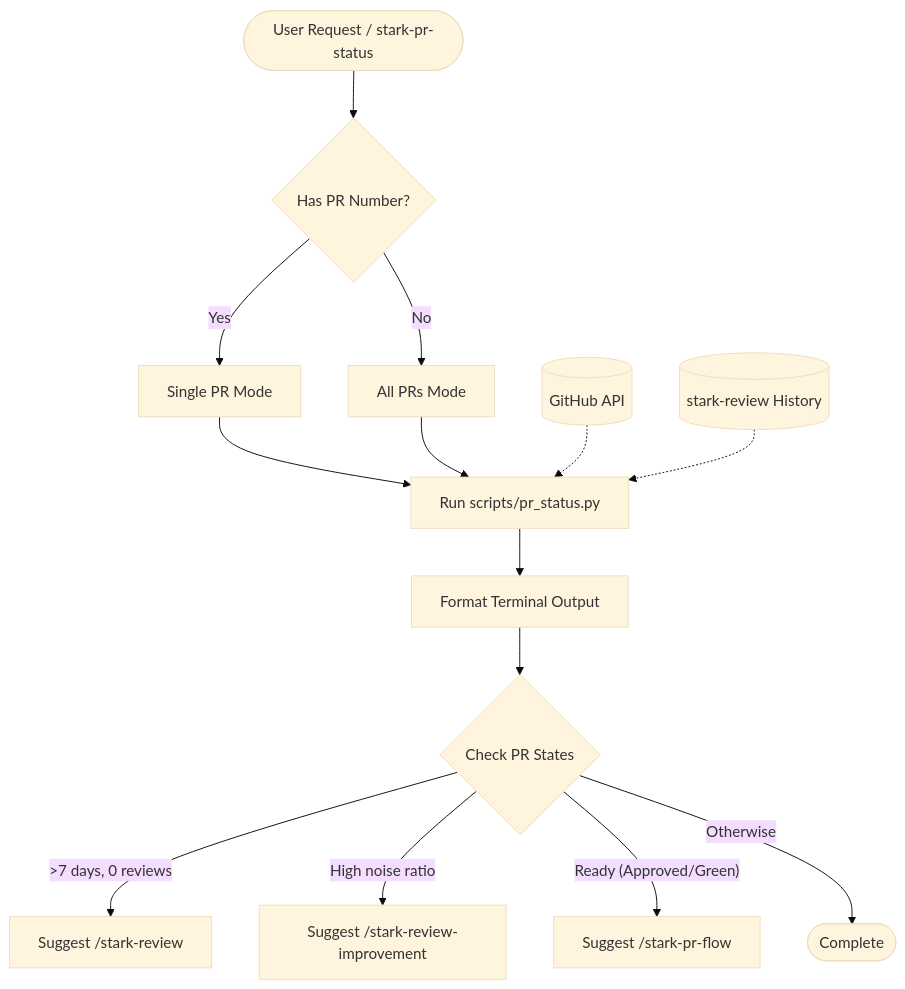
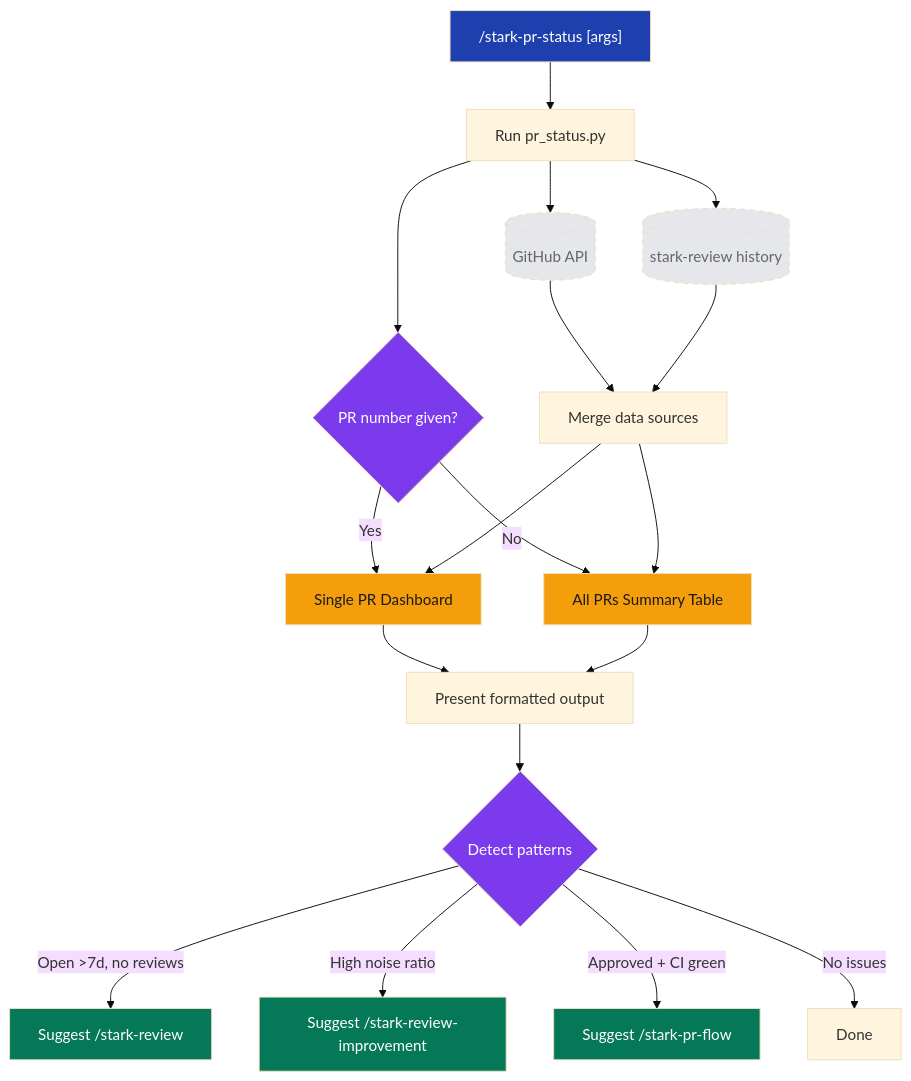
Before and after one commit to 21StarkCom/stark-skills: the diagram in docs/skills/stark-pr-status/usage.md, drawn with Mermaid (base theme). The commit also changed other lines of this file and 185 other files, not shown here.

````diff
--- a/docs/skills/stark-pr-status/usage.md
+++ b/docs/skills/stark-pr-status/usage.md
@@ -7,20 +7,31 @@
 ```mermaid
 graph TD
-    User([User Request / stark-pr-status]) --> Input{Has PR Number?}
-    Input -- Yes --> S1[Single PR Mode]
-    Input -- No --> S2[All PRs Mode]
-    
-    S1 --> Script[Run scripts/pr_status.py]
-    S2 --> Script
-    
-    API[(GitHub API)] -.-> Script
-    Hist[(stark-review History)] -.-> Script
-    
-    Script --> Output[Format Terminal Output]
-    
-    Output --> Logic{Check PR States}
-    Logic -- >7 days, 0 reviews --> Sug1[Suggest /stark-review]
-    Logic -- High noise ratio --> Sug2[Suggest /stark-review-improvement]
-    Logic -- Ready (Approved/Green) --> Sug3[Suggest /stark-pr-flow]
-    Logic -- Otherwise --> Done([Complete])
+    A["/stark-pr-status [args]"] --> B["Run pr_status.py"]
+    B --> C{"PR number given?"}
+    C -->|Yes| D["Single PR Dashboard"]
+    C -->|No| E["All PRs Summary Table"]
+    B --> F[("GitHub API")]
+    B --> G[("stark-review history")]
+    F --> H["Merge data sources"]
+    G --> H
+    H --> D
+    H --> E
+    D --> I["Present formatted output"]
+    E --> I
+    I --> J{"Detect patterns"}
+    J -->|"Open >7d, no reviews"| K["Suggest /stark-review"]
+    J -->|"High noise ratio"| L["Suggest /stark-review-improvement"]
+    J -->|"Approved + CI green"| M["Suggest /stark-pr-flow"]
+    J -->|"No issues"| N["Done"]
+
+    style A fill:#1e40af,color:#fff
+    style C fill:#7c3aed,color:#fff
+    style D fill:#f59e0b,color:#1a1a1a
+    style E fill:#f59e0b,color:#1a1a1a
+    style F fill:#e5e7eb,color:#666,stroke-dasharray: 5 5
+    style G fill:#e5e7eb,color:#666,stroke-dasharray: 5 5
+    style J fill:#7c3aed,color:#fff
+    style K fill:#047857,color:#fff
+    style L fill:#047857,color:#fff
+    style M fill:#047857,color:#fff
 ```
````
